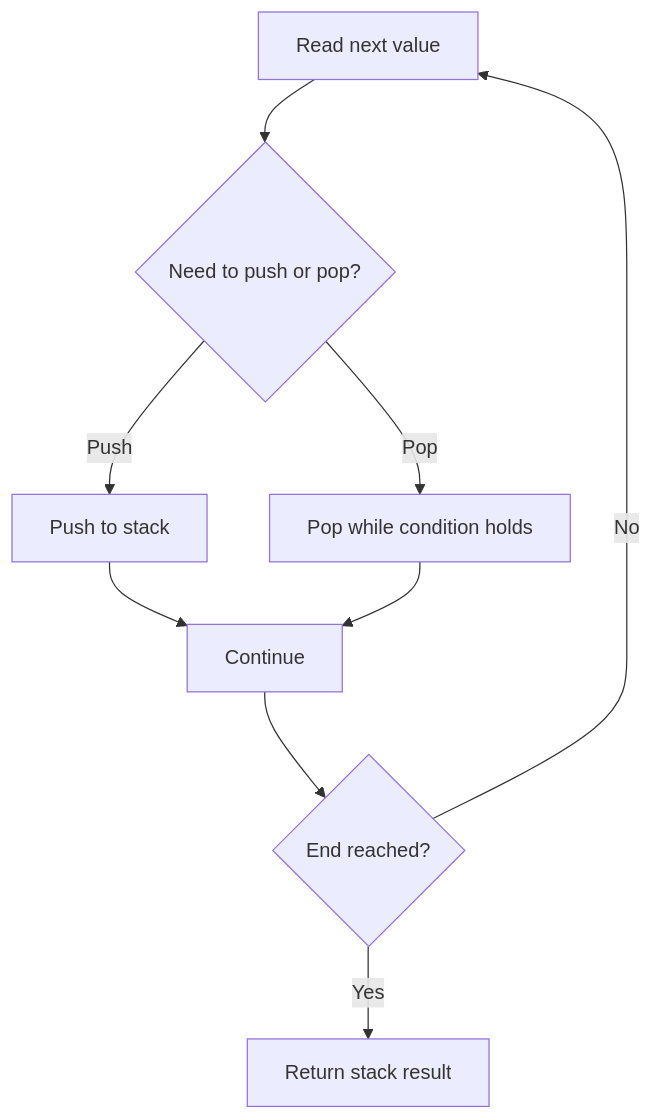
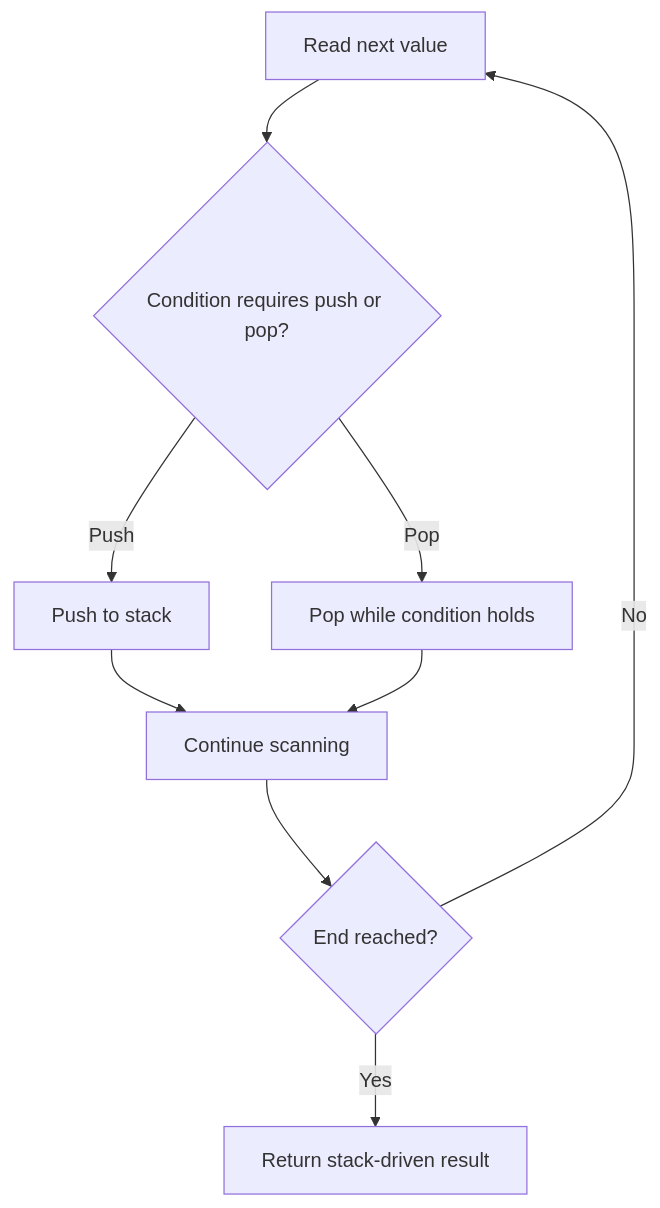
The diagram in NeetCode-Submissions/04.stack/01.valid-parenthesis/readme.md (keshav-poojary/Leetcode), drawn with Mermaid before and after one commit. The commit also changed 105 other files, not shown here.

Commit message:
Add NeetCode README docs with mermaid diagrams

````diff
--- a/NeetCode-Submissions/04.stack/01.valid-parenthesis/readme.md
+++ b/NeetCode-Submissions/04.stack/01.valid-parenthesis/readme.md
@@ -32,11 +32,11 @@
 ```mermaid
 flowchart TD
-    A[Read next value] --> B{Need to push or pop?}
+    A[Read next value] --> B{Condition requires push or pop?}
     B -- Push --> C[Push to stack]
     B -- Pop --> D[Pop while condition holds]
-    C --> E[Continue]
+    C --> E[Continue scanning]
     D --> E
     E --> F{End reached?}
     F -- No --> A
-    F -- Yes --> G[Return stack result]
+    F -- Yes --> G[Return stack-driven result]
 ```
````
